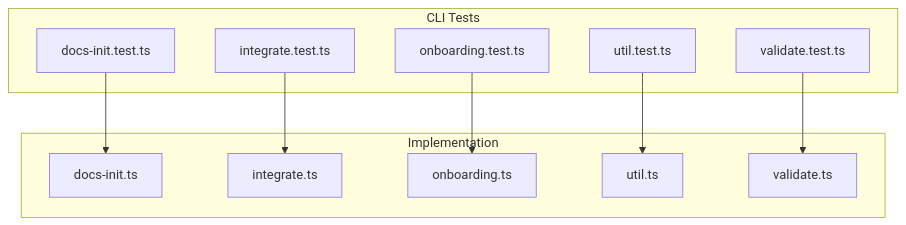
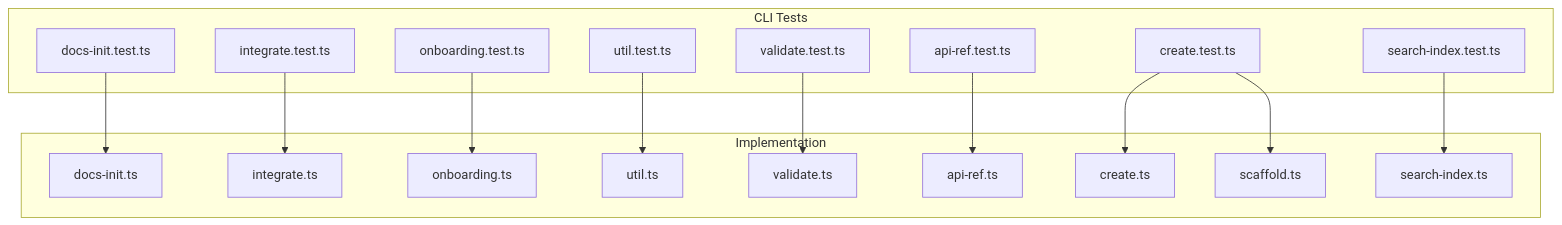
Before and after one commit to fractalmandala/acrolls: the sixth of 6 diagrams in .qoder/repowiki/en/content/Capability Inventory_ What Is Already Built/CLI, Studio & Corpus Preflight — Implemented.md, drawn with Mermaid. The commit also changed other lines of this file and 77 other files, not shown here.

````diff
--- a/.qoder/repowiki/en/content/Capability Inventory_ What Is Already Built/CLI, Studio & Corpus Preflight — Implemented.md
+++ b/.qoder/repowiki/en/content/Capability Inventory_ What Is Already Built/CLI, Studio & Corpus Preflight — Implemented.md
@@ -184,22 +294,33 @@
 ```mermaid
 graph TB
 subgraph "CLI Tests"
 DIT["docs-init.test.ts"]
 IT["integrate.test.ts"]
 OT["onboarding.test.ts"]
 UT["util.test.ts"]
 VT["validate.test.ts"]
+AIT["api-ref.test.ts"]
+CT["create.test.ts"]
+SIT["search-index.test.ts"]
 end
 subgraph "Implementation"
 DI["docs-init.ts"]
 I["integrate.ts"]
 O["onboarding.ts"]
 U["util.ts"]
 V["validate.ts"]
+AR["api-ref.ts"]
+C["create.ts"]
+SI["search-index.ts"]
+SC["scaffold.ts"]
 end
 DIT --> DI
 IT --> I
 OT --> O
 UT --> U
 VT --> V
+AIT --> AR
+CT --> C
+CT --> SC
+SIT --> SI
 ```
````
